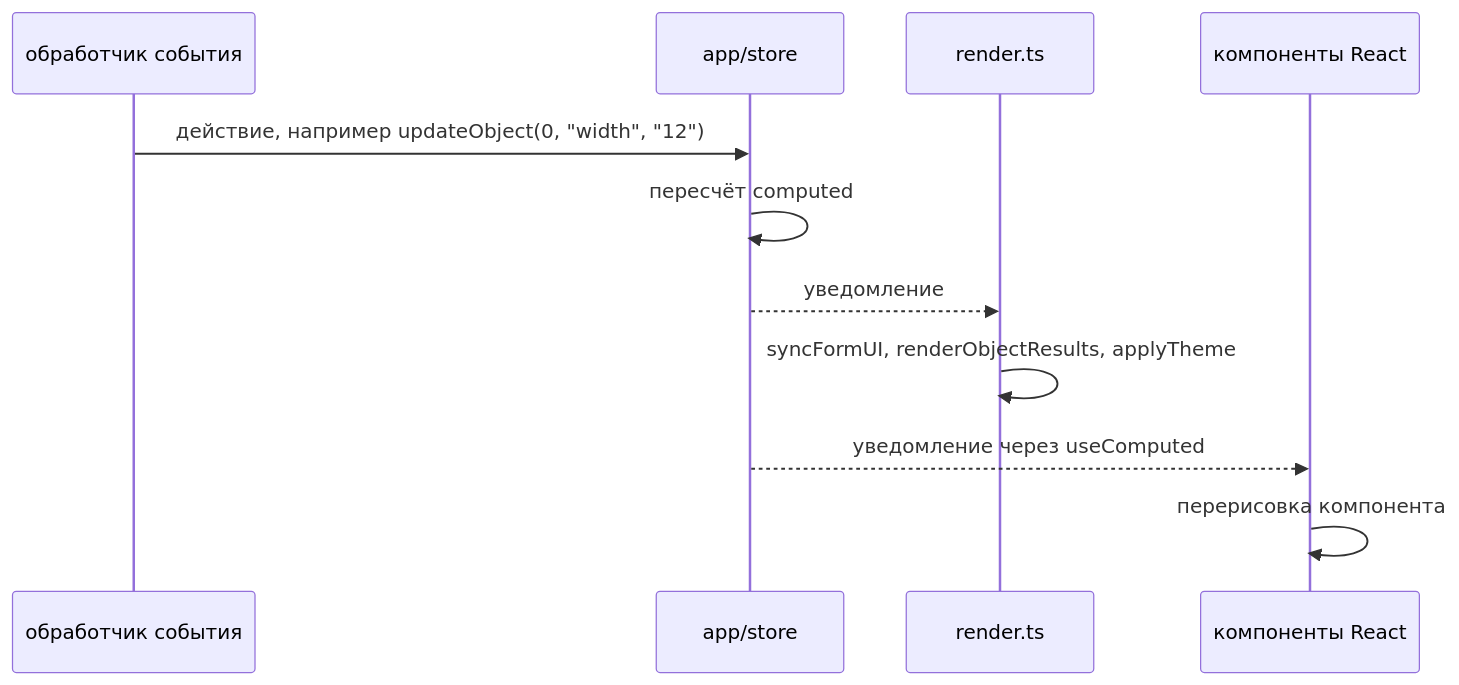
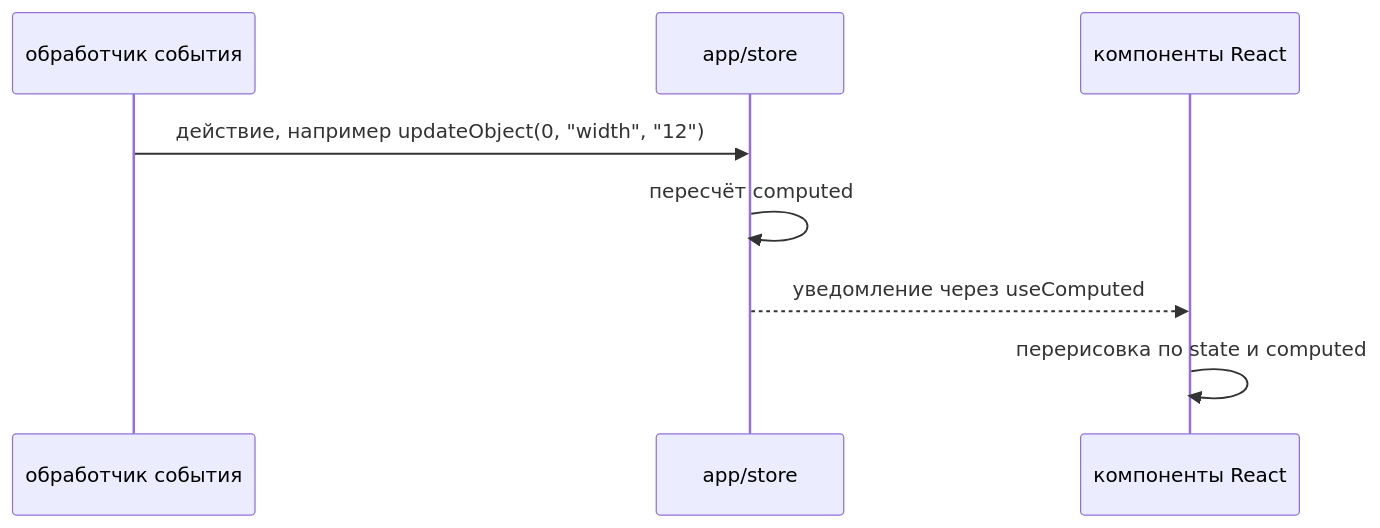
Before and after one commit to SergeyKrasnoslobodtsev/camera-calc: the second of 2 diagrams in docs/architecture/modules/ui.md, drawn with Mermaid. The commit also changed other lines of this file and 5 other files, not shown here.

````diff
--- a/docs/architecture/modules/ui.md
+++ b/docs/architecture/modules/ui.md
@@ -86,13 +86,10 @@
 ```mermaid
 sequenceDiagram
     participant E as обработчик события
     participant S as app/store
-    participant R as render.ts
     participant C as компоненты React
     E->>S: действие, например updateObject(0, "width", "12")
     S->>S: пересчёт computed
-    S-->>R: уведомление
-    R->>R: syncFormUI, renderObjectResults, applyTheme
     S-->>C: уведомление через useComputed
-    C->>C: перерисовка компонента
+    C->>C: перерисовка по state и computed
 ```
````
